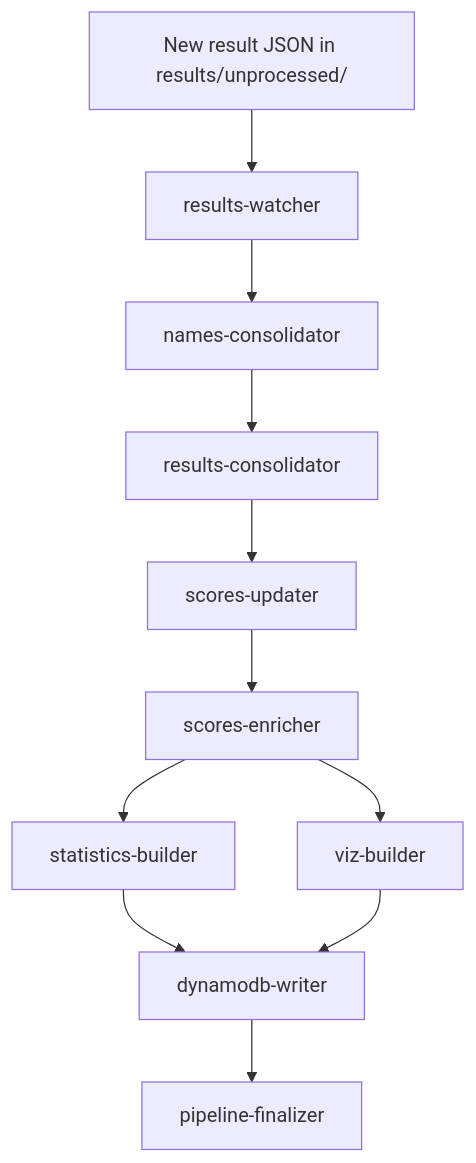
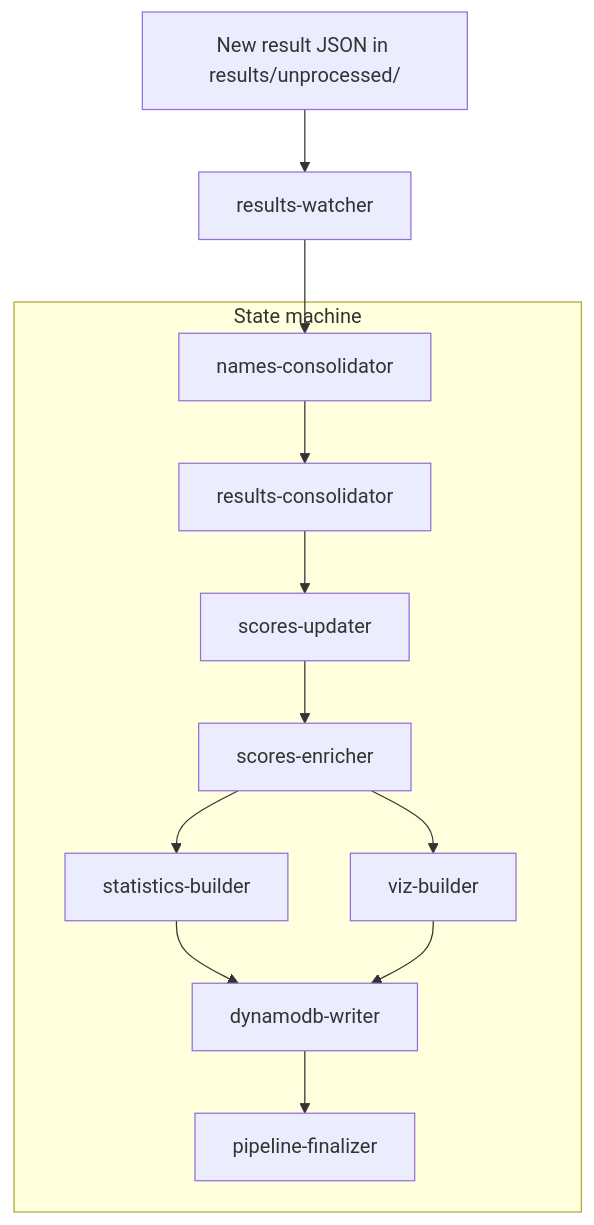
Before and after one commit to tor-gu/toa-data-pipeline: the diagram in README.md, drawn with Mermaid.

Commit message:
Add state-machine to the diagram

````diff
--- a/README.md
+++ b/README.md
@@ -11,13 +11,17 @@
 ```mermaid
 flowchart TD
     U[New result JSON in results/unprocessed/] --> W[results-watcher]
-    W --> N[names-consolidator]
-    N --> R[results-consolidator]
-    R --> S[scores-updater]
-    S --> E[scores-enricher]
-    E --> ST[statistics-builder]
-    E --> V[viz-builder]
-    ST --> D[dynamodb-writer]
-    V --> D
-    D --> F[pipeline-finalizer]
+    W --> N
+
+    subgraph SM["State machine"]
+        N[names-consolidator]
+        N --> R[results-consolidator]
+        R --> S[scores-updater]
+        S --> E[scores-enricher]
+        E --> ST[statistics-builder]
+        E --> V[viz-builder]
+        ST --> D[dynamodb-writer]
+        V --> D
+        D --> F[pipeline-finalizer]
+    end
 ```
````
